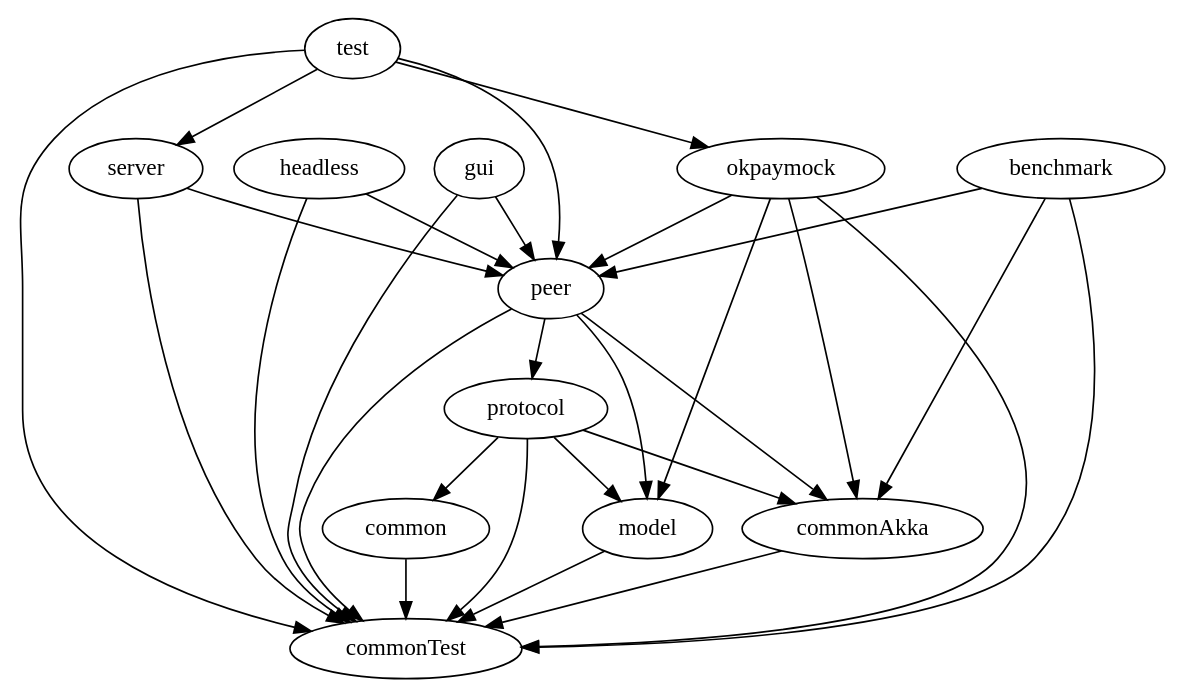
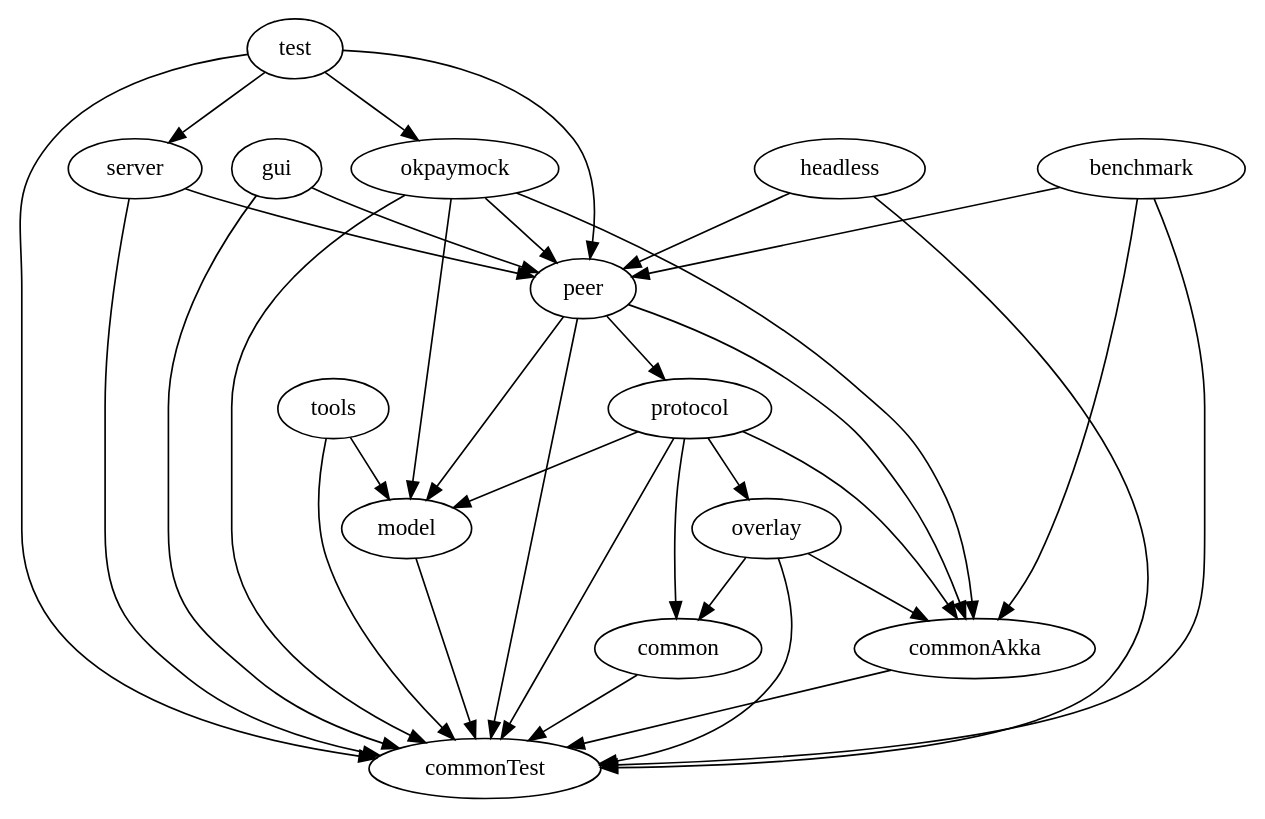
One commit to csesteban/coinffeine changed the diagram in doc/graphviz/modules.dot. Above: the diagram before and after it, drawn with Graphviz. The commit also changed 2 other files, not shown here.

Commit message:
Add new module coinffeine-tools

```diff
--- a/doc/graphviz/modules.dot
+++ b/doc/graphviz/modules.dot
@@ -1,13 +1,15 @@
 digraph {
     server -> peer, commonTest;
+    test -> peer, server, commonTest, okpaymock;
+    gui -> peer, commonTest;
+    tools -> model, commonTest;
     peer -> model, protocol, commonAkka, commonTest;
-    protocol -> model, common, commonAkka, commonTest;
+    protocol -> model, common, commonAkka, commonTest, overlay;
+    overlay -> common, commonAkka, commonTest;
     model -> commonTest;
     common -> commonTest;
     headless -> peer, commonTest;
-    gui -> peer, commonTest;
-    test -> peer, server, commonTest, okpaymock;
     okpaymock -> model, peer, commonAkka, commonTest;
     commonAkka -> commonTest;
     benchmark -> peer, commonAkka, commonTest;
 }
```
